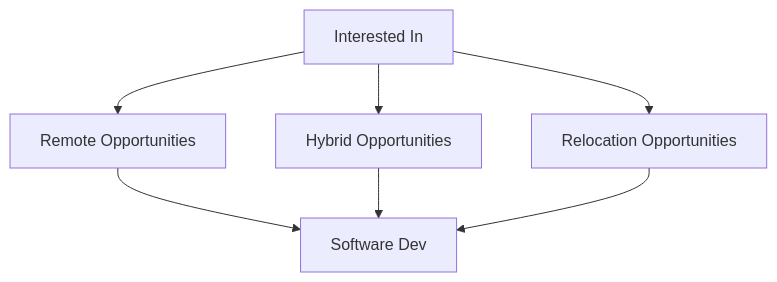
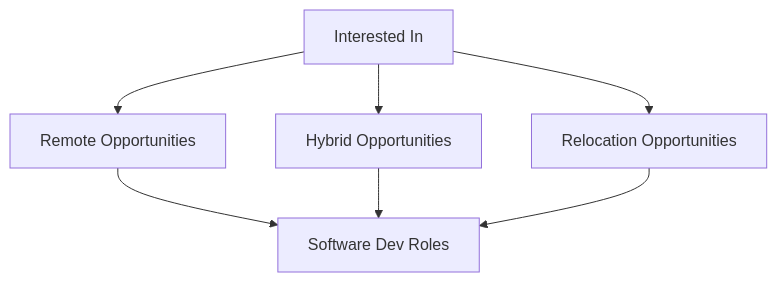
One commit to Danthesage01/Danthesage01 changed the diagram in README.md. Above: the diagram before and after it, drawn with Mermaid.

````diff
--- a/README.md
+++ b/README.md
@@ -13,9 +13,9 @@
 ```mermaid
  graph TD;
    A[Interested In]-->B[Remote Opportunities];
    A[Interested In]-->C[Hybrid Opportunities];
    A[Interested In]-->D[Relocation Opportunities];
-   B[Remote Opportunities]-->E[Software Dev];
-   C[Hybrid Opportunities]-->E[Software Dev];
-   D[Relocation Opportunities]-->E[Software Dev];
+   B[Remote Opportunities]-->E[Software Dev Roles];
+   C[Hybrid Opportunities]-->E[Software Dev Roles];
+   D[Relocation Opportunities]-->E[Software Dev Roles];
 ```
````
